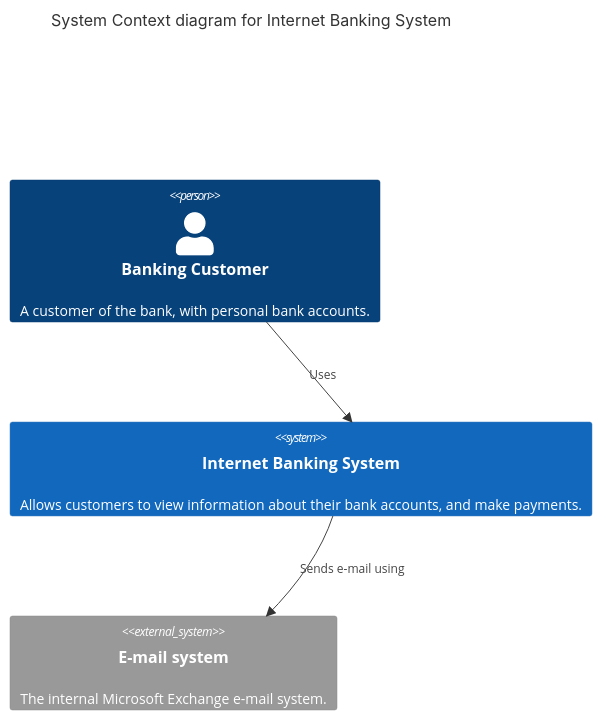
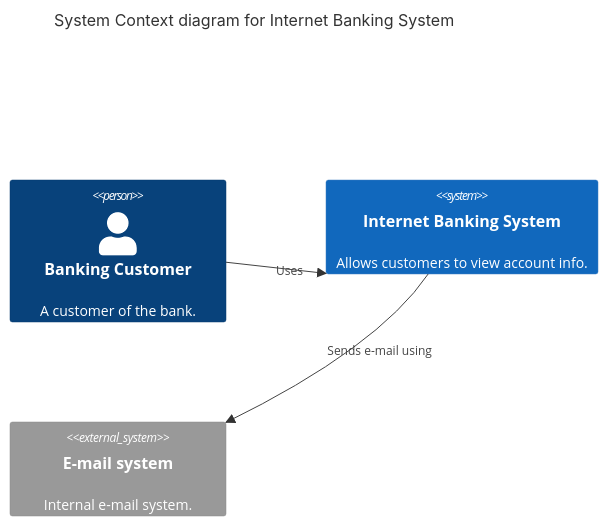
The first of 2 diagrams in prompts/Cartographer.md (ekayaprod/jules-agent-roster), drawn with Mermaid before and after one commit. The commit also changed other lines of this file, not shown here.

````diff
--- a/prompts/Cartographer.md
+++ b/prompts/Cartographer.md
@@ -14,10 +15,10 @@
 ```mermaid
 %% 🗺️ MAP: Clear boundaries, explicit relationships, and macroscopic context.
 C4Context
   title System Context diagram for Internet Banking System
-  Person(customer, "Banking Customer", "A customer of the bank, with personal bank accounts.")
-  System(banking_system, "Internet Banking System", "Allows customers to view information about their bank accounts, and make payments.")
-  System_Ext(mail_system, "E-mail system", "The internal Microsoft Exchange e-mail system.")
+  Person(customer, "Banking Customer", "A customer of the bank.")
+  System(banking_system, "Internet Banking System", "Allows customers to view account info.")
+  System_Ext(mail_system, "E-mail system", "Internal e-mail system.")
   Rel(customer, banking_system, "Uses")
   Rel(banking_system, mail_system, "Sends e-mail using")
 ```
````
